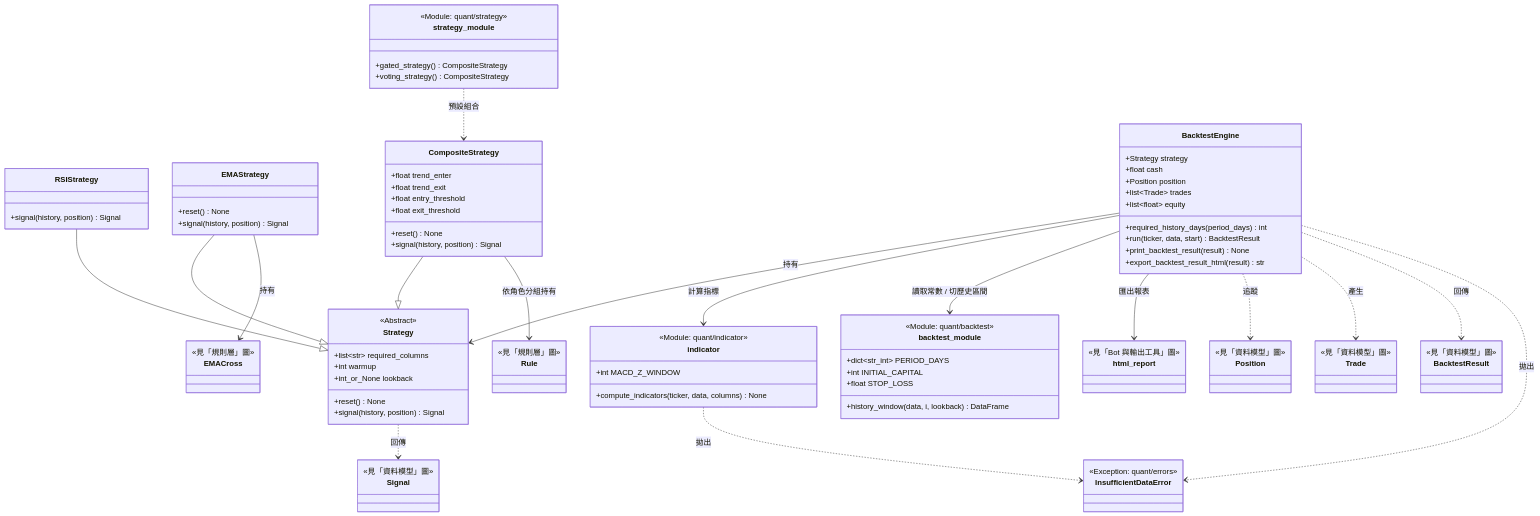
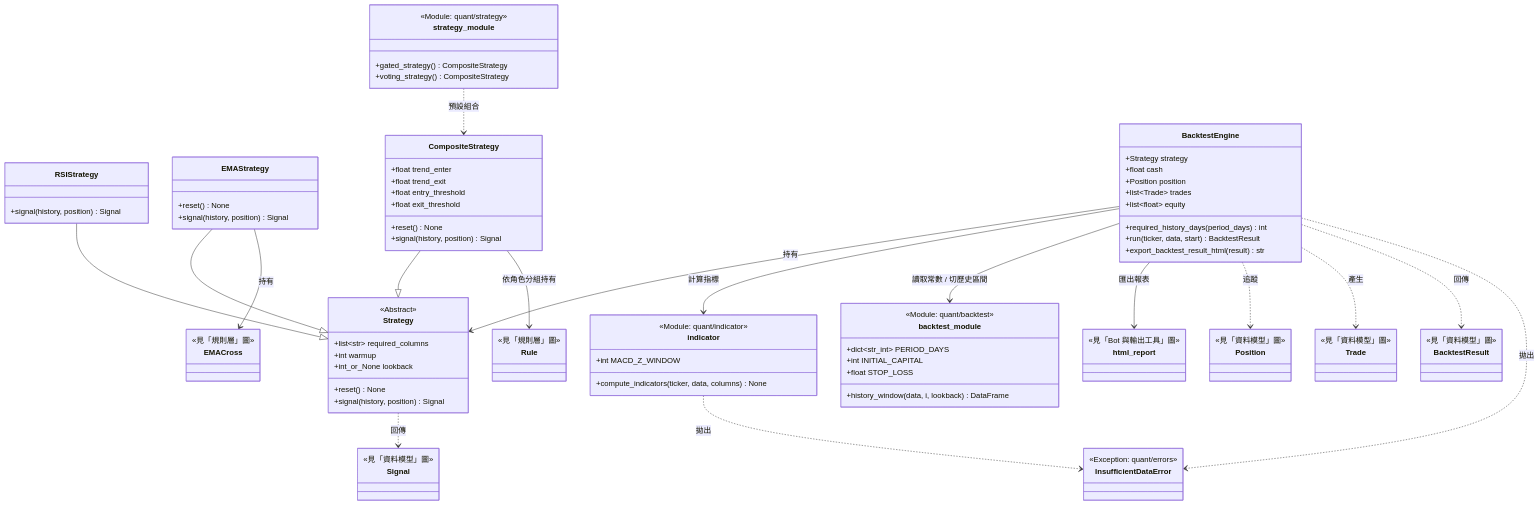
One commit to JialaChang/Stock-Bot changed the third of 7 diagrams in docs/UML.md. Above: the diagram before and after it, drawn with Mermaid. The commit also changed 18 other files, not shown here.

```diff
--- a/docs/UML.md
+++ b/docs/UML.md
@@ -229,7 +229,6 @@
         +list~float~ equity
         +required_history_days(period_days) int
         +run(ticker, data, start) BacktestResult
-        +print_backtest_result(result) None
         +export_backtest_result_html(result) str
     }
 
```
